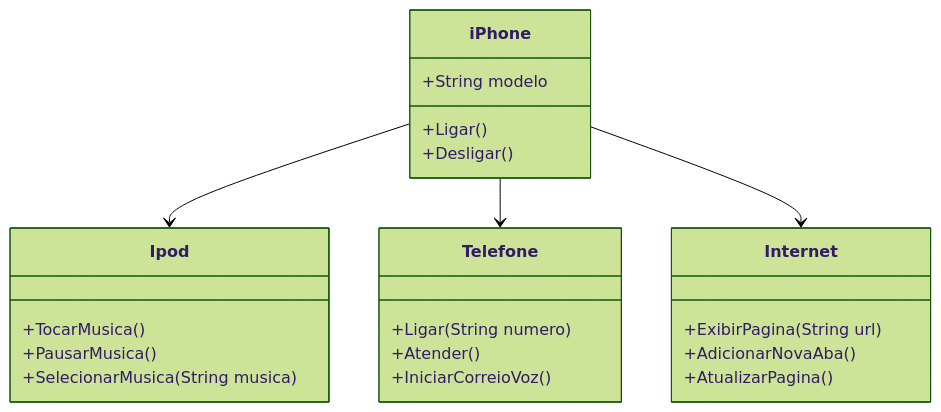
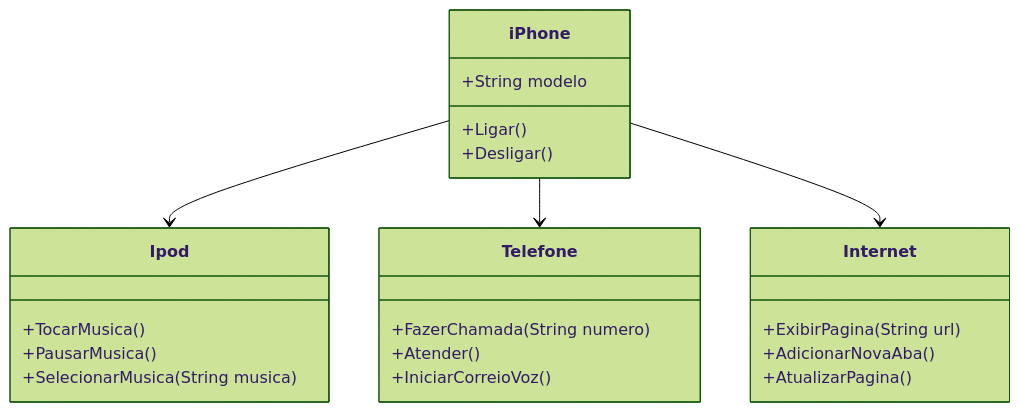
The diagram in README.md (RonanRS/dio-trilha-java-oop), drawn with Mermaid (forest theme) before and after one commit.

````diff
--- a/README.md
+++ b/README.md
@@ -61,30 +61,30 @@
 ```mermaid
 classDiagram
     class Ipod {
         +TocarMusica()
         +PausarMusica()
         +SelecionarMusica(String musica)
     }
 
     class Telefone {
-        +Ligar(String numero)
+        +FazerChamada(String numero)
         +Atender()
         +IniciarCorreioVoz()
     }
 
     class Internet {
         +ExibirPagina(String url)
         +AdicionarNovaAba()
         +AtualizarPagina()
     }
 
     class iPhone {
         +String modelo
         +Ligar()
         +Desligar()
     }
 
     iPhone --> Ipod
     iPhone --> Telefone
     iPhone --> Internet
 ```
````
